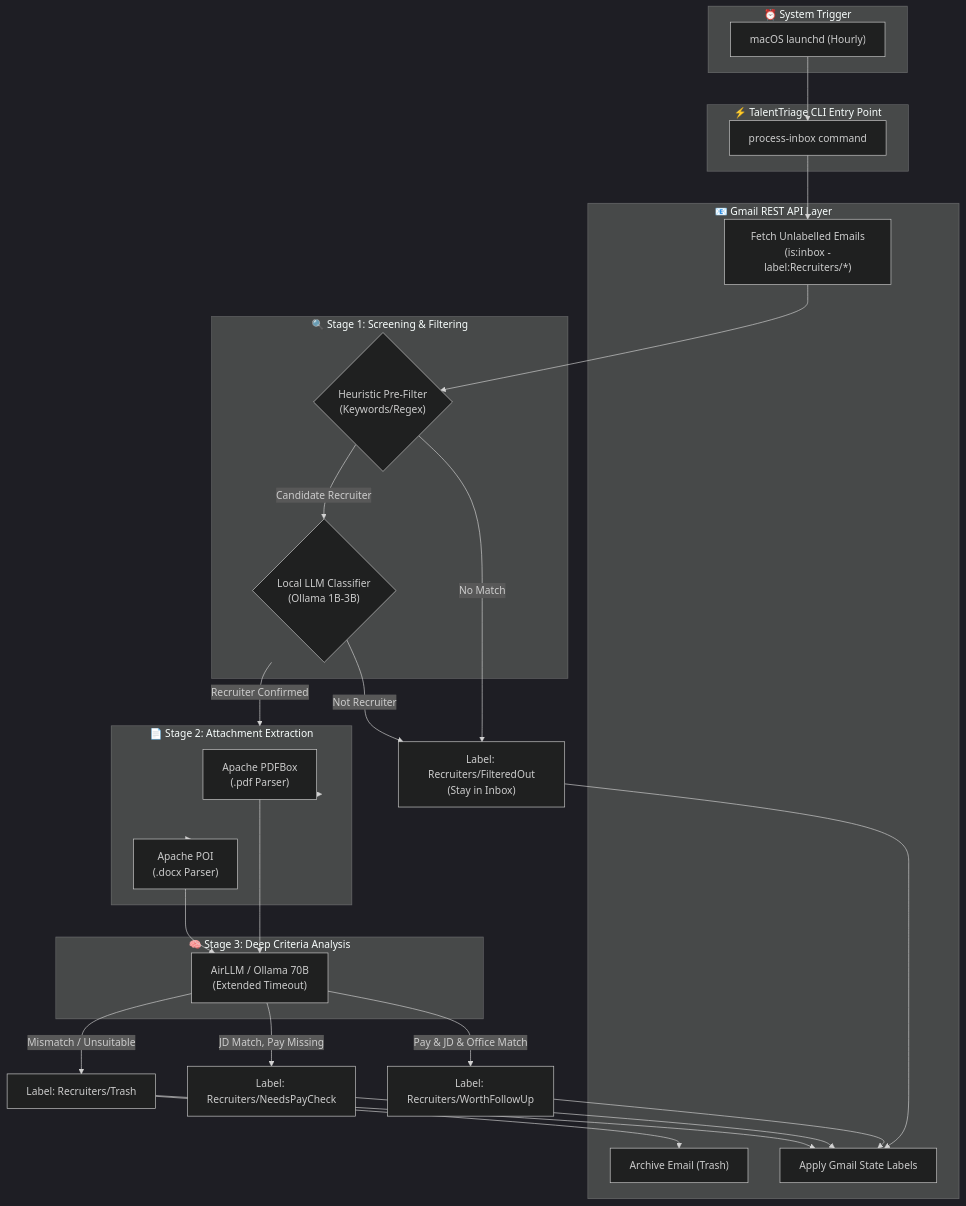
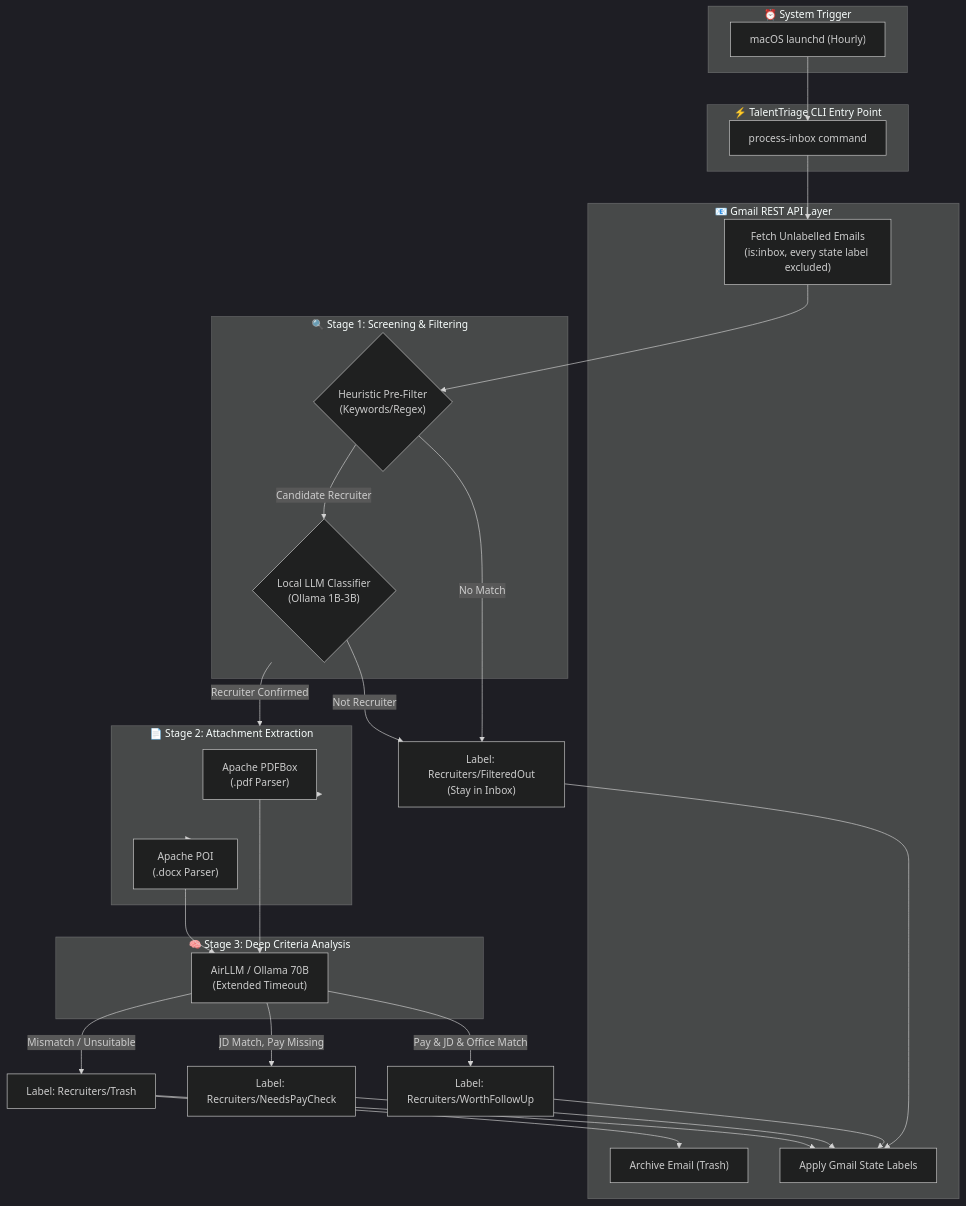
One commit to mlk/TalentTriage changed the diagram in README.md. Above: the diagram before and after it, drawn with Mermaid (dark theme). The commit also changed other lines of this file and 1 other file, not shown here.

````diff
--- a/README.md
+++ b/README.md
@@ -15,60 +15,60 @@
 ```mermaid
 flowchart TD
     subgraph Trigger ["⏰ System Trigger"]
         launchd["macOS launchd (Hourly)"]
     end
 
     subgraph CLI ["⚡ TalentTriage CLI Entry Point"]
         Command["process-inbox command"]
     end
 
     subgraph GmailAPI ["📧 Gmail REST API Layer"]
-        Fetch["Fetch Unlabelled Emails\n(is:inbox -label:Recruiters/*)"]
+        Fetch["Fetch Unlabelled Emails\n(is:inbox, every state label excluded)"]
         ApplyLabel["Apply Gmail State Labels"]
         Archive["Archive Email (Trash)"]
     end
 
     subgraph Stage1 ["🔍 Stage 1: Screening & Filtering"]
         Heuristics{"Heuristic Pre-Filter\n(Keywords/Regex)"}
         LocalLLM{"Local LLM Classifier\n(Ollama 1B-3B)"}
     end
 
     subgraph Stage2 ["📄 Stage 2: Attachment Extraction"]
         PDFParser["Apache PDFBox\n(.pdf Parser)"]
         WordParser["Apache POI\n(.docx Parser)"]
     end
 
     subgraph Stage3 ["🧠 Stage 3: Deep Criteria Analysis"]
         AirLLM["AirLLM / Ollama 70B\n(Extended Timeout)"]
     end
 
     %% Execution Flow
     launchd --> Command
     Command --> Fetch
     Fetch --> Heuristics
 
     %% Stage 1 Branching
     Heuristics -- "No Match" --> ApplyFilteredOut["Label: Recruiters/FilteredOut\n(Stay in Inbox)"]
     Heuristics -- "Candidate Recruiter" --> LocalLLM
 
     LocalLLM -- "Not Recruiter" --> ApplyFilteredOut
     LocalLLM -- "Recruiter Confirmed" --> Stage2
 
     %% Stage 2 to Stage 3
     Stage2 --> PDFParser
     Stage2 --> WordParser
     PDFParser --> AirLLM
     WordParser --> AirLLM
 
     %% Stage 3 Branching
     AirLLM -- "Pay & JD & Office Match" --> LabelFollowUp["Label: Recruiters/WorthFollowUp"]
     AirLLM -- "JD Match, Pay Missing" --> LabelCheckPay["Label: Recruiters/NeedsPayCheck"]
     AirLLM -- "Mismatch / Unsuitable" --> LabelTrash["Label: Recruiters/Trash"]
 
     %% Gmail Label Updates
     ApplyFilteredOut --> ApplyLabel
     LabelFollowUp --> ApplyLabel
     LabelCheckPay --> ApplyLabel
     LabelTrash --> ApplyLabel
     LabelTrash --> Archive
 ```
````
